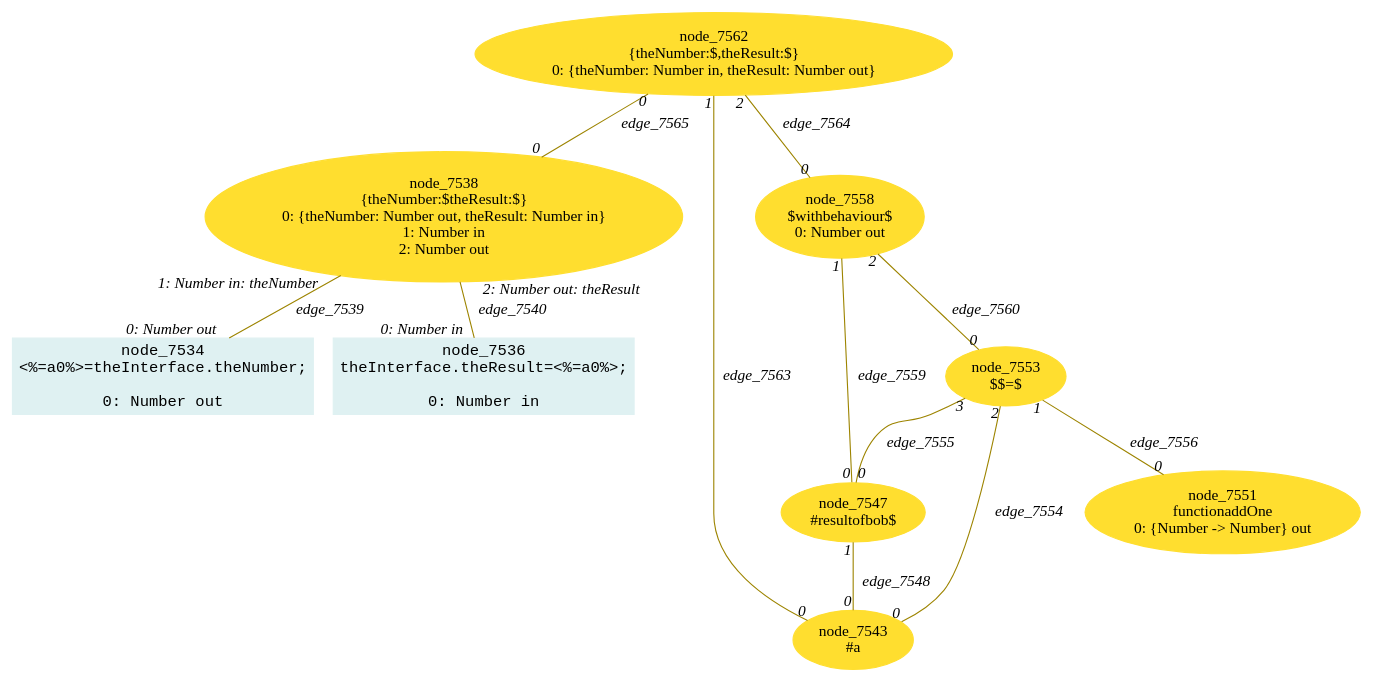
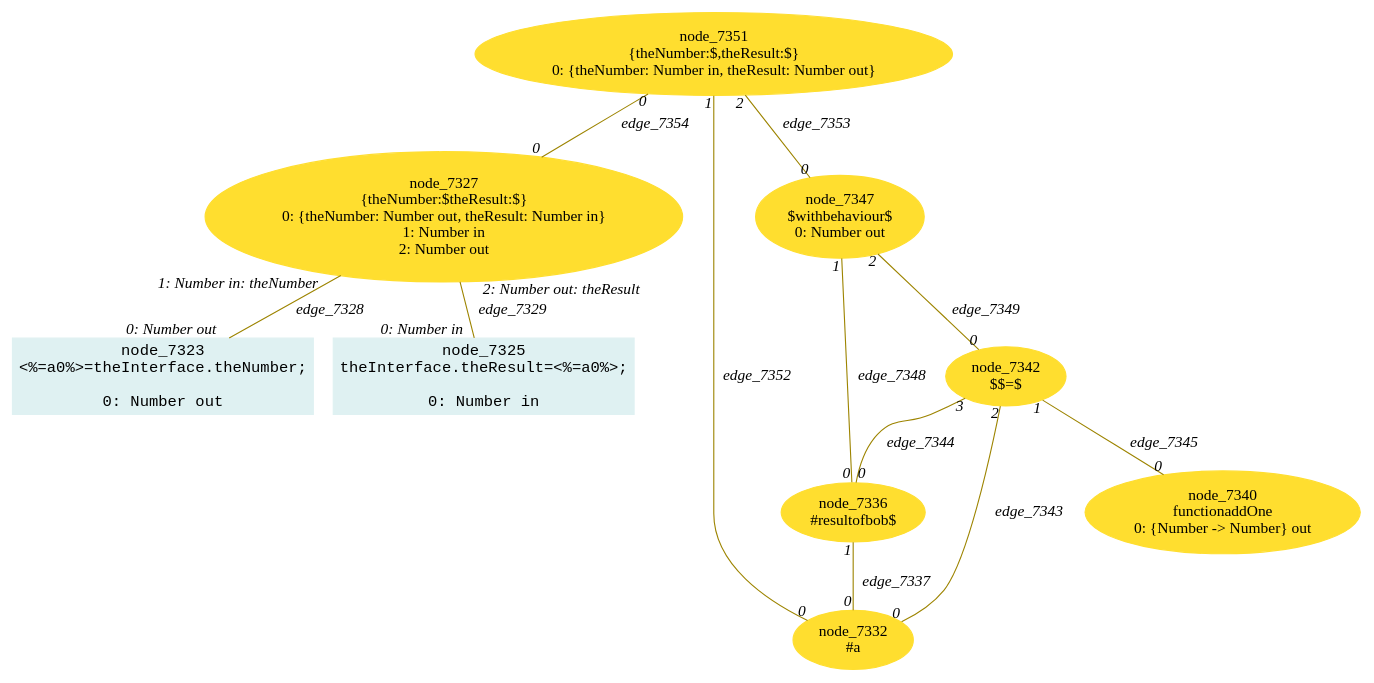
One commit to crubier/lidl changed the diagram in lidl-core/example/ok/simpleFunc/dot/13referentialTransparencyInstances1.dot. Above: the diagram before and after it, drawn with Graphviz. The commit also changed 1179 other files, not shown here.

```diff
--- a/lidl-core/example/ok/simpleFunc/dot/13referentialTransparencyInstances1.dot
+++ b/lidl-core/example/ok/simpleFunc/dot/13referentialTransparencyInstances1.dot
@@ -1,43 +1,43 @@
-digraph g{node_7534 [shape="box", style="filled", color="#dff1f2", fontname="Courier", label="node_7534
+digraph g{node_7323 [shape="box", style="filled", color="#dff1f2", fontname="Courier", label="node_7323
 <%=a0%>=theInterface.theNumber;
 
 0: Number out" ]
-node_7536 [shape="box", style="filled", color="#dff1f2", fontname="Courier", label="node_7536
+node_7325 [shape="box", style="filled", color="#dff1f2", fontname="Courier", label="node_7325
 theInterface.theResult=<%=a0%>;
 
 0: Number in" ]
-node_7538 [shape="ellipse", style="filled", color="#ffde2f", fontname="Times", label="node_7538
+node_7327 [shape="ellipse", style="filled", color="#ffde2f", fontname="Times", label="node_7327
 {theNumber:$theResult:$}
 0: {theNumber: Number out, theResult: Number in}
 1: Number in
 2: Number out" ]
-node_7543 [shape="ellipse", style="filled", color="#ffde2f", fontname="Times", label="node_7543
+node_7332 [shape="ellipse", style="filled", color="#ffde2f", fontname="Times", label="node_7332
 #a
 " ]
-node_7547 [shape="ellipse", style="filled", color="#ffde2f", fontname="Times", label="node_7547
+node_7336 [shape="ellipse", style="filled", color="#ffde2f", fontname="Times", label="node_7336
 #resultofbob$
 " ]
-node_7551 [shape="ellipse", style="filled", color="#ffde2f", fontname="Times", label="node_7551
+node_7340 [shape="ellipse", style="filled", color="#ffde2f", fontname="Times", label="node_7340
 functionaddOne
 0: {Number -> Number} out" ]
-node_7553 [shape="ellipse", style="filled", color="#ffde2f", fontname="Times", label="node_7553
+node_7342 [shape="ellipse", style="filled", color="#ffde2f", fontname="Times", label="node_7342
 $$=$
 " ]
-node_7558 [shape="ellipse", style="filled", color="#ffde2f", fontname="Times", label="node_7558
+node_7347 [shape="ellipse", style="filled", color="#ffde2f", fontname="Times", label="node_7347
 $withbehaviour$
 0: Number out" ]
-node_7562 [shape="ellipse", style="filled", color="#ffde2f", fontname="Times", label="node_7562
+node_7351 [shape="ellipse", style="filled", color="#ffde2f", fontname="Times", label="node_7351
 {theNumber:$,theResult:$}
 0: {theNumber: Number in, theResult: Number out}" ]
-node_7538 -> node_7534 [dir=none, arrowHead=none, fontname="Times-Italic", arrowsize=1, color="#9d8400", label="edge_7539",  headlabel="0: Number out", taillabel="1: Number in: theNumber" ]
-node_7538 -> node_7536 [dir=none, arrowHead=none, fontname="Times-Italic", arrowsize=1, color="#9d8400", label="edge_7540",  headlabel="0: Number in", taillabel="2: Number out: theResult" ]
-node_7547 -> node_7543 [dir=none, arrowHead=none, fontname="Times-Italic", arrowsize=1, color="#9d8400", label="edge_7548",  headlabel="0", taillabel="1" ]
-node_7553 -> node_7543 [dir=none, arrowHead=none, fontname="Times-Italic", arrowsize=1, color="#9d8400", label="edge_7554",  headlabel="0", taillabel="2" ]
-node_7553 -> node_7547 [dir=none, arrowHead=none, fontname="Times-Italic", arrowsize=1, color="#9d8400", label="edge_7555",  headlabel="0", taillabel="3" ]
-node_7553 -> node_7551 [dir=none, arrowHead=none, fontname="Times-Italic", arrowsize=1, color="#9d8400", label="edge_7556",  headlabel="0", taillabel="1" ]
-node_7558 -> node_7547 [dir=none, arrowHead=none, fontname="Times-Italic", arrowsize=1, color="#9d8400", label="edge_7559",  headlabel="0", taillabel="1" ]
-node_7558 -> node_7553 [dir=none, arrowHead=none, fontname="Times-Italic", arrowsize=1, color="#9d8400", label="edge_7560",  headlabel="0", taillabel="2" ]
-node_7562 -> node_7543 [dir=none, arrowHead=none, fontname="Times-Italic", arrowsize=1, color="#9d8400", label="edge_7563",  headlabel="0", taillabel="1" ]
-node_7562 -> node_7558 [dir=none, arrowHead=none, fontname="Times-Italic", arrowsize=1, color="#9d8400", label="edge_7564",  headlabel="0", taillabel="2" ]
-node_7562 -> node_7538 [dir=none, arrowHead=none, fontname="Times-Italic", arrowsize=1, color="#9d8400", label="edge_7565",  headlabel="0", taillabel="0" ]
+node_7327 -> node_7323 [dir=none, arrowHead=none, fontname="Times-Italic", arrowsize=1, color="#9d8400", label="edge_7328",  headlabel="0: Number out", taillabel="1: Number in: theNumber" ]
+node_7327 -> node_7325 [dir=none, arrowHead=none, fontname="Times-Italic", arrowsize=1, color="#9d8400", label="edge_7329",  headlabel="0: Number in", taillabel="2: Number out: theResult" ]
+node_7336 -> node_7332 [dir=none, arrowHead=none, fontname="Times-Italic", arrowsize=1, color="#9d8400", label="edge_7337",  headlabel="0", taillabel="1" ]
+node_7342 -> node_7332 [dir=none, arrowHead=none, fontname="Times-Italic", arrowsize=1, color="#9d8400", label="edge_7343",  headlabel="0", taillabel="2" ]
+node_7342 -> node_7336 [dir=none, arrowHead=none, fontname="Times-Italic", arrowsize=1, color="#9d8400", label="edge_7344",  headlabel="0", taillabel="3" ]
+node_7342 -> node_7340 [dir=none, arrowHead=none, fontname="Times-Italic", arrowsize=1, color="#9d8400", label="edge_7345",  headlabel="0", taillabel="1" ]
+node_7347 -> node_7336 [dir=none, arrowHead=none, fontname="Times-Italic", arrowsize=1, color="#9d8400", label="edge_7348",  headlabel="0", taillabel="1" ]
+node_7347 -> node_7342 [dir=none, arrowHead=none, fontname="Times-Italic", arrowsize=1, color="#9d8400", label="edge_7349",  headlabel="0", taillabel="2" ]
+node_7351 -> node_7332 [dir=none, arrowHead=none, fontname="Times-Italic", arrowsize=1, color="#9d8400", label="edge_7352",  headlabel="0", taillabel="1" ]
+node_7351 -> node_7347 [dir=none, arrowHead=none, fontname="Times-Italic", arrowsize=1, color="#9d8400", label="edge_7353",  headlabel="0", taillabel="2" ]
+node_7351 -> node_7327 [dir=none, arrowHead=none, fontname="Times-Italic", arrowsize=1, color="#9d8400", label="edge_7354",  headlabel="0", taillabel="0" ]
 }
```
